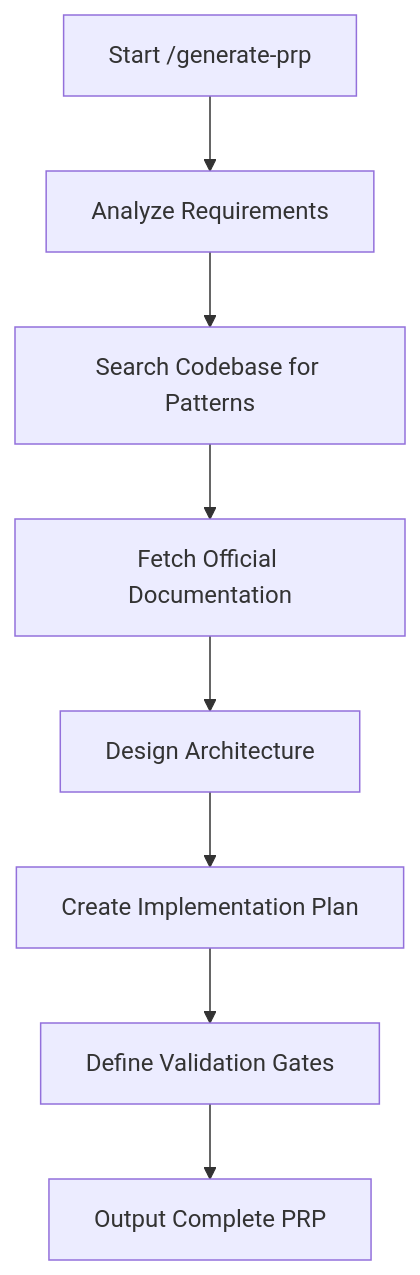
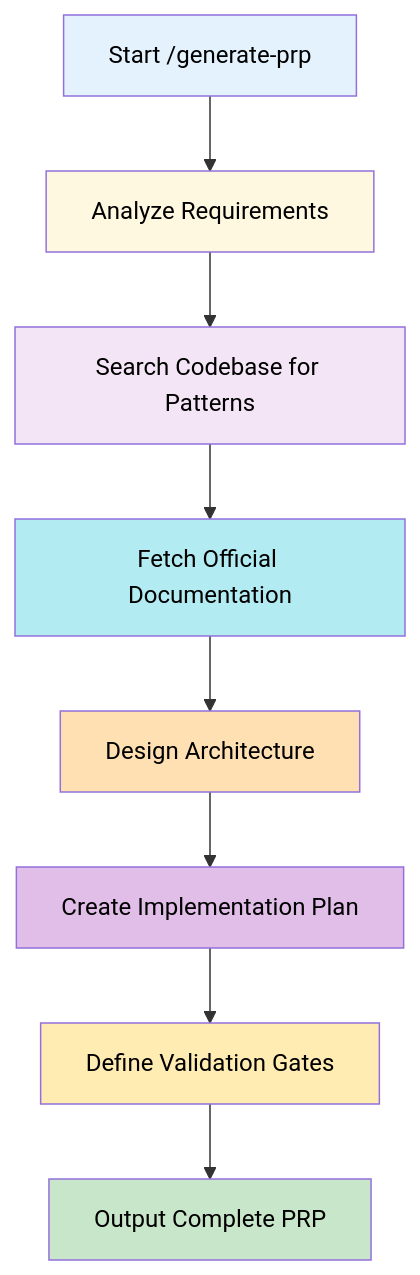
The third of 4 diagrams in docs/01-prp-system.md (bprzybys-nc/ctx-eng-plus), drawn with Mermaid before and after one commit. The commit also changed other lines of this file and 8 other files, not shown here.

````diff
--- a/docs/01-prp-system.md
+++ b/docs/01-prp-system.md
@@ -611,10 +634,19 @@
 ```mermaid
 graph TD
     A[Start /generate-prp] --> B[Analyze Requirements]
     B --> C[Search Codebase for Patterns]
     C --> D[Fetch Official Documentation]
     D --> E[Design Architecture]
     E --> F[Create Implementation Plan]
     F --> G[Define Validation Gates]
     G --> H[Output Complete PRP]
+
+    style A fill:#e3f2fd,color:#000
+    style B fill:#fff8e1,color:#000
+    style C fill:#f3e5f5,color:#000
+    style D fill:#b2ebf2,color:#000
+    style E fill:#ffe0b2,color:#000
+    style F fill:#e1bee7,color:#000
+    style G fill:#ffecb3,color:#000
+    style H fill:#c8e6c9,color:#000
 ```
````
